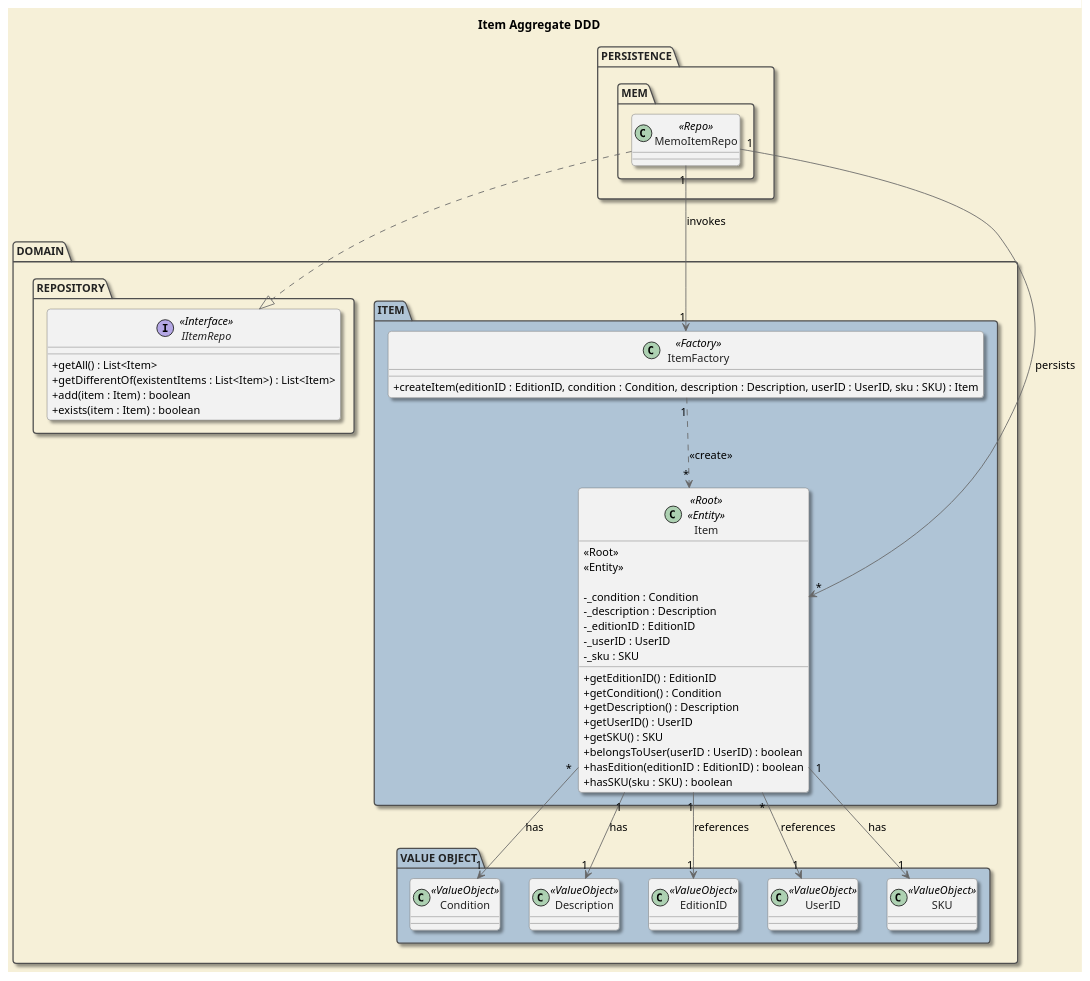
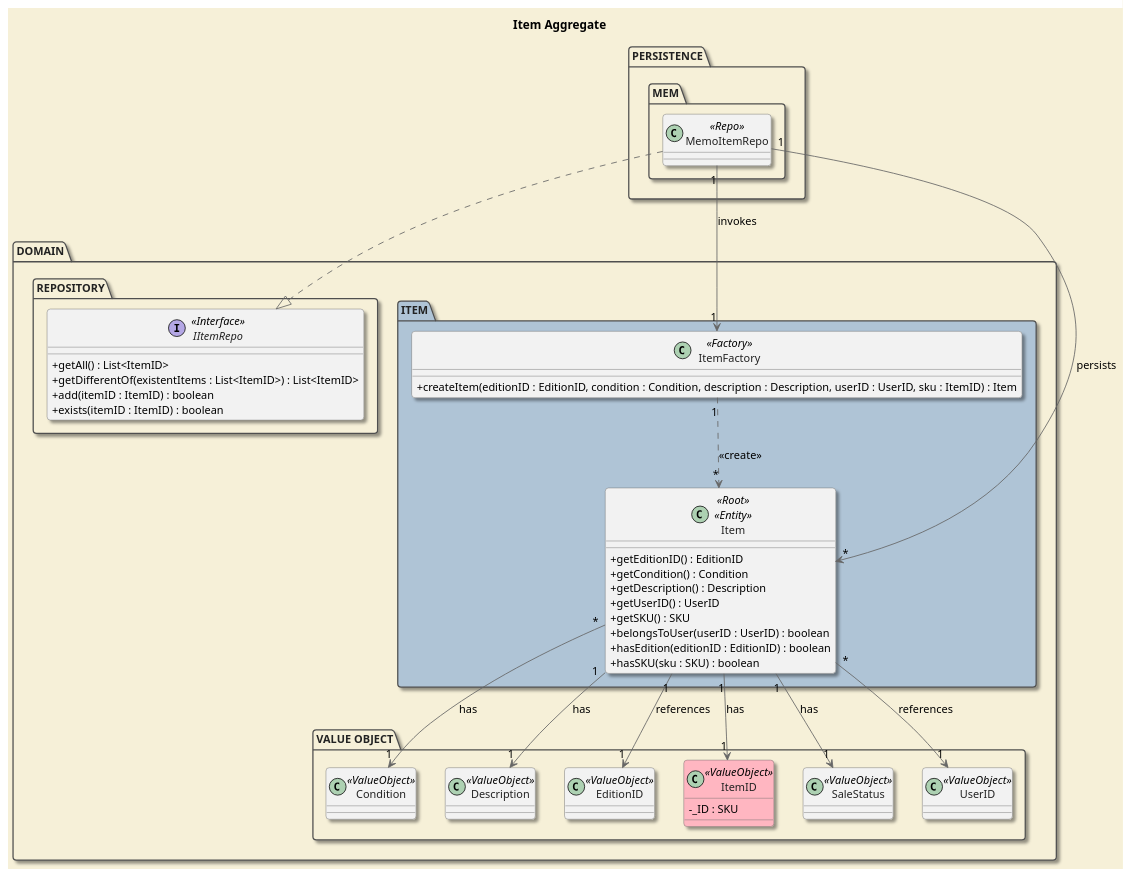
One commit to CarolinaLeite-collab/JavaMarketplacePlatform changed the diagram in docs/aggregatesDiagrams/Item.puml. Above: the diagram before and after it, drawn with PlantUML.

Commit message:
docs: added Item aggregate UML diagram, refs #466

```diff
--- a/docs/aggregatesDiagrams/Item.puml
+++ b/docs/aggregatesDiagrams/Item.puml
@@ -1,99 +1,95 @@
 @startuml
-title Item Aggregate DDD
+title Item Aggregate
 
 skinparam backgroundColor #F6F0D8
 skinparam shadowing true
 skinparam roundcorner 8
 skinparam defaultFontName Arial
 skinparam defaultFontSize 13
 skinparam classAttributeIconSize 0
 
 skinparam package {
   BackgroundColor #F6F0D8
   BorderColor #4F4F4F
   FontColor #222222
 }
 
 skinparam class {
   BackgroundColor #F2F2F2
   BorderColor #666666
   FontColor #222222
   ArrowColor #666666
 }
 
 skinparam interface {
   BackgroundColor #F2F2F2
   BorderColor #666666
   FontColor #222222
   ArrowColor #666666
 }
 
 package "PERSISTENCE" {
   package "MEM" {
     class MemoItemRepo <<Repo>> {
     }
   }
 }
 
 package "DOMAIN" {
 
   package "REPOSITORY" {
     interface IItemRepo <<Interface>> {
-      +getAll() : List<Item>
-      +getDifferentOf(existentItems : List<Item>) : List<Item>
-      +add(item : Item) : boolean
-      +exists(item : Item) : boolean
+      +getAll() : List<ItemID>
+      +getDifferentOf(existentItems : List<ItemID>) : List<ItemID>
+      +add(itemID : ItemID) : boolean
+      +exists(itemID : ItemID) : boolean
     }
   }
 
   package "ITEM" #AFC4D6 {
 
     class ItemFactory <<Factory>> {
-      +createItem(editionID : EditionID, condition : Condition, description : Description, userID : UserID, sku : SKU) : Item
+      +createItem(editionID : EditionID, condition : Condition, description : Description, userID : UserID, sku : ItemID) : Item
     }
 
     class Item <<Root>> <<Entity>> {
-      <<Root>>
-      <<Entity>>
-
-      -_condition : Condition
-      -_description : Description
-      -_editionID : EditionID
-      -_userID : UserID
-      -_sku : SKU
 
       +getEditionID() : EditionID
       +getCondition() : Condition
       +getDescription() : Description
       +getUserID() : UserID
       +getSKU() : SKU
       +belongsToUser(userID : UserID) : boolean
       +hasEdition(editionID : EditionID) : boolean
       +hasSKU(sku : SKU) : boolean
     }
   }
 
-  package "VALUE OBJECT" #AFC4D6 {
+  package "VALUE OBJECT" {
     class Condition <<ValueObject>>
     class Description <<ValueObject>>
     class EditionID <<ValueObject>>
+    class ItemID <<ValueObject>> #LightPink {
+
+    - _ID : SKU
+    }
+    class SaleStatus <<ValueObject>>
 
     class UserID <<ValueObject>> {
     }
-
-    class SKU <<ValueObject>> {
   }
 }
 
 MemoItemRepo ..|> IItemRepo
 MemoItemRepo "1" --> "1" ItemFactory : invokes
 MemoItemRepo "1" --> "*" Item : persists
 ItemFactory "1" ..> "*" Item : <<create>>
 
 Item "*" --> "1" Condition : has
 Item "1" --> "1" Description : has
 Item "1" --> "1" EditionID : references
 Item "*" --> "1" UserID : references
-Item "1" --> "1" SKU : has
+Item "1" --> "1" ItemID : has
+Item "1" --> "1" SaleStatus : has
 
 @enduml
```
